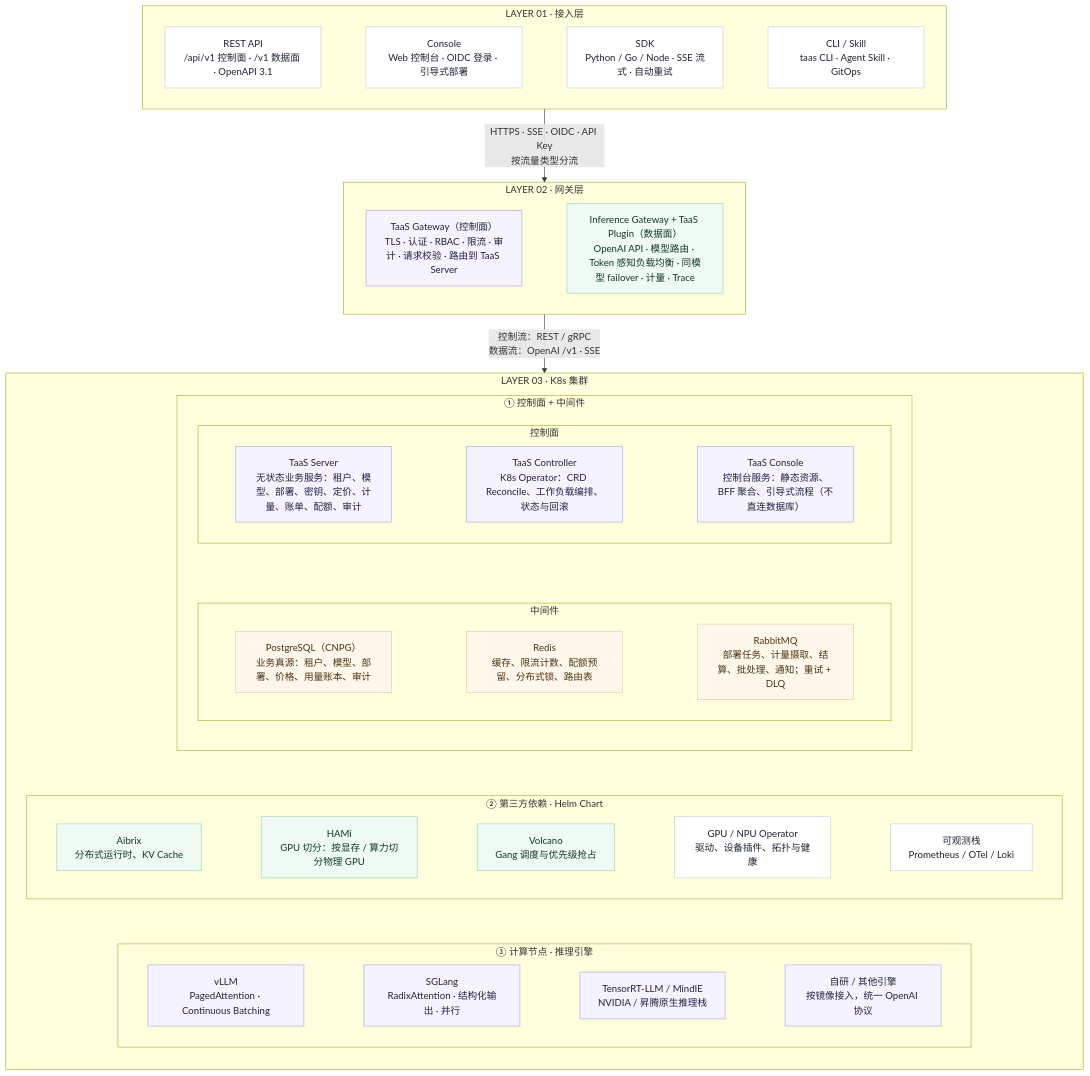
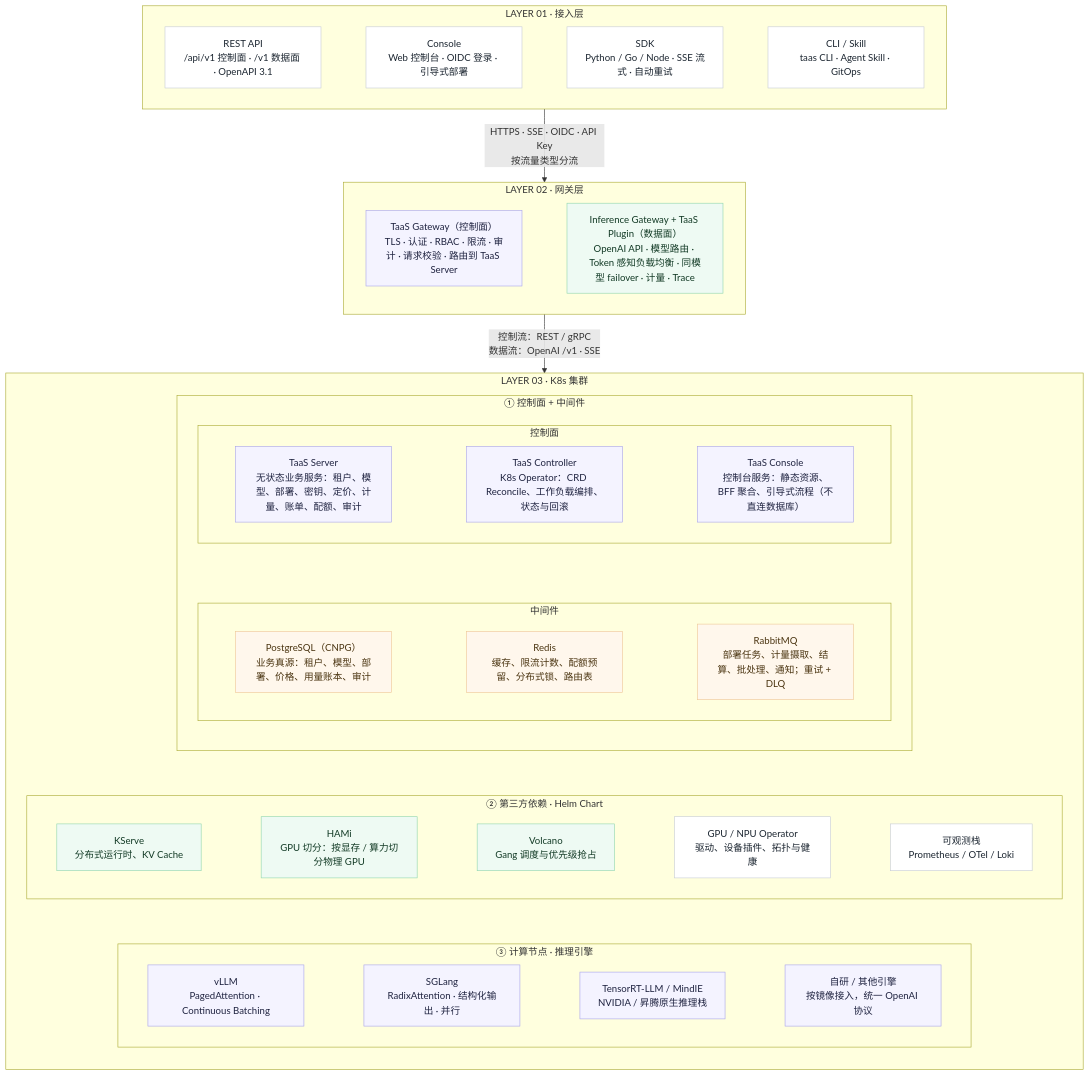
Before and after one commit to go-taas/go-taas: the first of 6 diagrams in site/docs/design/architecture.zh-cn.md, drawn with Mermaid. The commit also changed other lines of this file and 151 other files, not shown here.

````diff
--- a/site/docs/design/architecture.zh-cn.md
+++ b/site/docs/design/architecture.zh-cn.md
@@ -15,66 +15,66 @@
 ```mermaid
 flowchart TB
 subgraph L1["LAYER 01 · 接入层"]
     direction LR
     A1["REST API<br/>/api/v1 控制面 · /v1 数据面 · OpenAPI 3.1"]:::cell
     A2["Console<br/>Web 控制台 · OIDC 登录 · 引导式部署"]:::cell
     A3["SDK<br/>Python / Go / Node · SSE 流式 · 自动重试"]:::cell
     A4["CLI / Skill<br/>taas CLI · Agent Skill · GitOps"]:::cell
     A1 ~~~ A2 ~~~ A3 ~~~ A4
 end
 
 subgraph L2["LAYER 02 · 网关层"]
     direction LR
     G1["TaaS Gateway（控制面）<br/>TLS · 认证 · RBAC · 限流 · 审计 · 请求校验 · 路由到 TaaS Server"]:::cp
     G2["Inference Gateway + TaaS Plugin（数据面）<br/>OpenAI API · 模型路由 · Token 感知负载均衡 · 同模型 failover · 计量 · Trace"]:::dp
     G1 ~~~ G2
 end
 
 subgraph L3["LAYER 03 · K8s 集群"]
     direction TB
     subgraph L3A["① 控制面 + 中间件"]
         direction TB
         subgraph L3A1["控制面"]
             direction LR
             S1["TaaS Server<br/>无状态业务服务：租户、模型、部署、密钥、定价、计量、账单、配额、审计"]:::cp
             S2["TaaS Controller<br/>K8s Operator：CRD Reconcile、工作负载编排、状态与回滚"]:::cp
             S3["TaaS Console<br/>控制台服务：静态资源、BFF 聚合、引导式流程（不直连数据库）"]:::cp
             S1 ~~~ S2 ~~~ S3
         end
         subgraph L3A2["中间件"]
             direction LR
             M1["PostgreSQL（CNPG）<br/>业务真源：租户、模型、部署、价格、用量账本、审计"]:::mw
             M2["Redis<br/>缓存、限流计数、配额预留、分布式锁、路由表"]:::mw
             M3["RabbitMQ<br/>部署任务、计量摄取、结算、批处理、通知；重试 + DLQ"]:::mw
             M1 ~~~ M2 ~~~ M3
         end
         L3A1 ~~~ L3A2
     end
     subgraph L3B["② 第三方依赖 · Helm Chart"]
         direction LR
-        B1["Aibrix<br/>分布式运行时、KV Cache"]:::dp
+        B1["KServe<br/>分布式运行时、KV Cache"]:::dp
         B2["HAMi<br/>GPU 切分：按显存 / 算力切分物理 GPU"]:::dp
         B3["Volcano<br/>Gang 调度与优先级抢占"]:::dp
         B4["GPU / NPU Operator<br/>驱动、设备插件、拓扑与健康"]:::cell
         B5["可观测栈<br/>Prometheus / OTel / Loki"]:::cell
         B1 ~~~ B2 ~~~ B3 ~~~ B4 ~~~ B5
     end
     subgraph L3C["③ 计算节点 · 推理引擎"]
         direction LR
         C1["vLLM<br/>PagedAttention · Continuous Batching"]:::cp
         C2["SGLang<br/>RadixAttention · 结构化输出 · 并行"]:::cp
         C3["TensorRT-LLM / MindIE<br/>NVIDIA / 昇腾原生推理栈"]:::cp
         C4["自研 / 其他引擎<br/>按镜像接入，统一 OpenAI 协议"]:::cp
         C1 ~~~ C2 ~~~ C3 ~~~ C4
     end
     L3A ~~~ L3B ~~~ L3C
 end
 
 L1 -->|"HTTPS · SSE · OIDC · API Key<br/>按流量类型分流"| L2
 L2 -->|"控制流：REST / gRPC<br/>数据流：OpenAI /v1 · SSE"| L3
 
 classDef cell fill:#ffffff,stroke:#c7ccd6,color:#1b2530
 classDef cp fill:#f4f3ff,stroke:#a9a4ea,color:#1f2340
 classDef dp fill:#eefaf3,stroke:#8fd6ae,color:#123a25
 classDef mw fill:#fff7ec,stroke:#eec796,color:#4a3410
 ```
````
